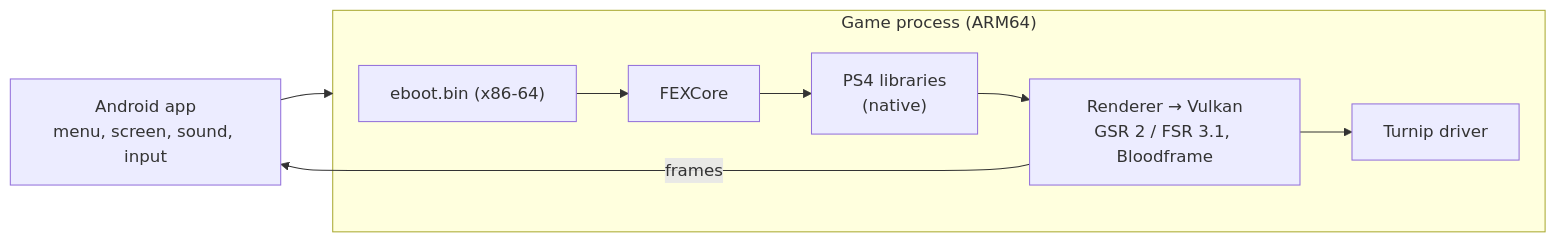
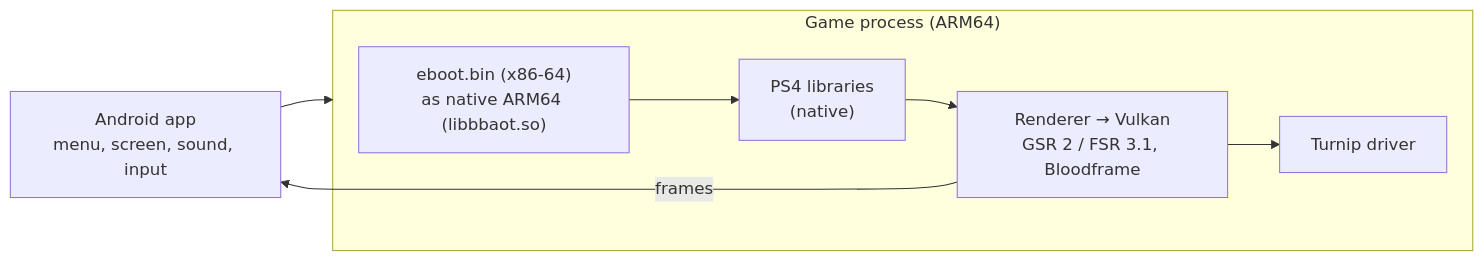
One commit to ducvd89/Bloodborne-Android changed the diagram in README.md. Above: the diagram before and after it, drawn with Mermaid. The commit also changed other lines of this file and 8 other files, not shown here.

````diff
--- a/README.md
+++ b/README.md
@@ -105,8 +117,8 @@
 ```mermaid
 flowchart LR
   app["Android app<br>menu, screen, sound, input"] --> game
   subgraph game["Game process (ARM64)"]
-    eboot["eboot.bin (x86-64)"] --> fex["FEXCore"] --> rt["PS4 libraries<br>(native)"] --> gpu["Renderer → Vulkan<br>GSR 2 / FSR 3.1, Bloodframe"] --> drv["Turnip driver"]
+    eboot["eboot.bin (x86-64)<br>as native ARM64 (libbbaot.so)"] --> rt["PS4 libraries<br>(native)"] --> gpu["Renderer → Vulkan<br>GSR 2 / FSR 3.1, Bloodframe"] --> drv["Turnip driver"]
   end
   gpu -- "frames" --> app
 ```
````
